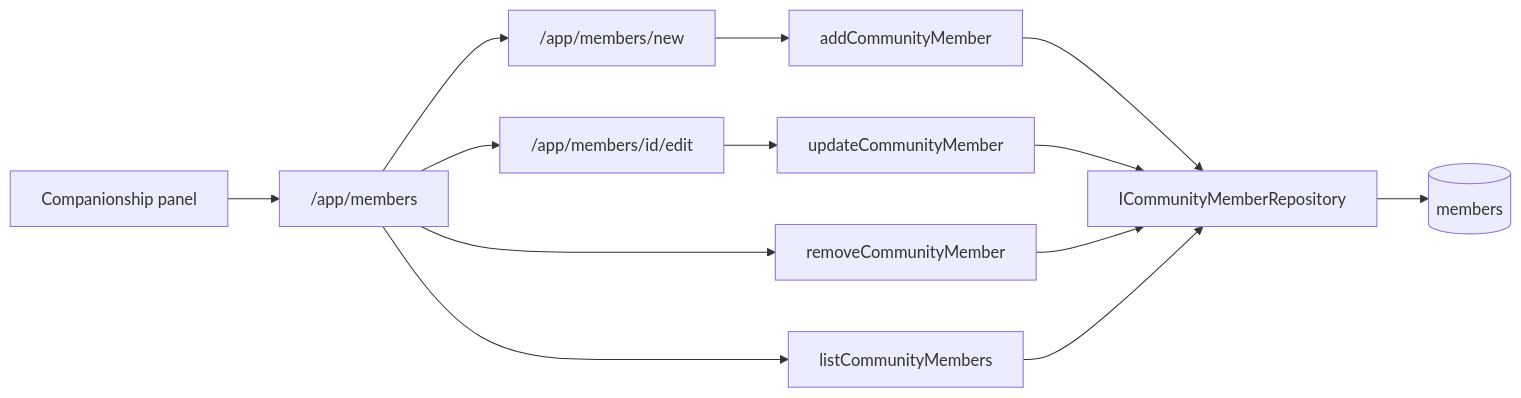
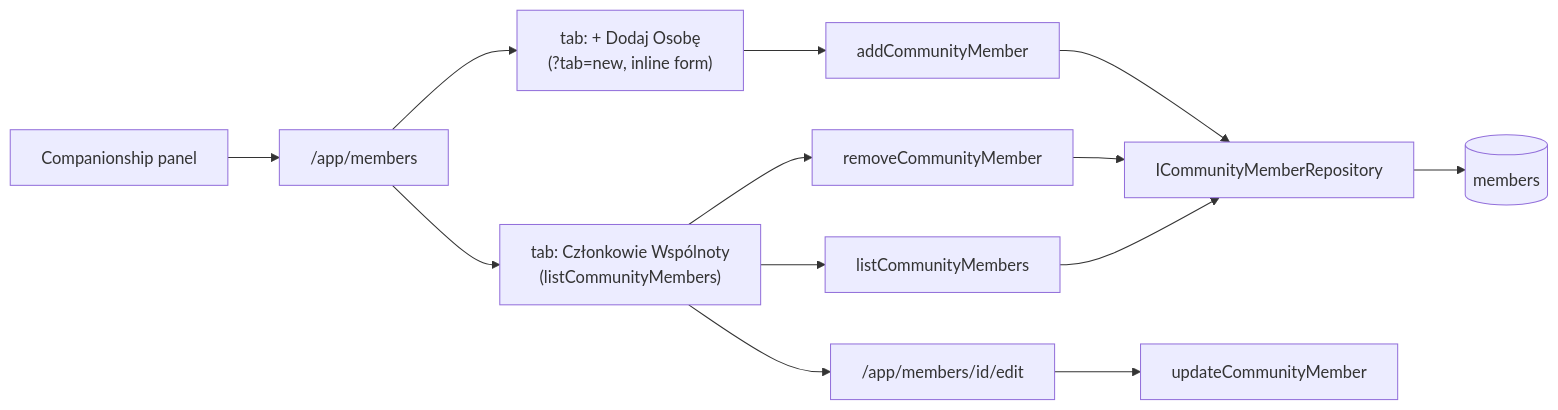
One commit to greg-latuszek/emma-companionship changed the fourth of 7 diagrams in docs/current-architecture.md. Above: the diagram before and after it, drawn with Mermaid. The commit also changed other lines of this file and 2 other files, not shown here.

````diff
--- a/docs/current-architecture.md
+++ b/docs/current-architecture.md
@@ -144,15 +144,15 @@
 ```mermaid
 flowchart LR
-  panel[Companionship panel] --> list["/app/members"]
-  list --> add["/app/members/new"]
-  list --> edit["/app/members/id/edit"]
-  add --> register[addCommunityMember]
+  panel[Companionship panel] --> members["/app/members"]
+  members --> tabList["tab: Członkowie Wspólnoty\n(listCommunityMembers)"]
+  members --> tabAdd["tab: + Dodaj Osobę\n(?tab=new, inline form)"]
+  tabList --> edit["/app/members/id/edit"]
+  tabList --> remove[removeCommunityMember]
+  tabAdd --> register[addCommunityMember]
+  register --> repo[ICommunityMemberRepository]
   edit --> update[updateCommunityMember]
-  list --> remove[removeCommunityMember]
-  register --> repo[ICommunityMemberRepository]
-  update --> repo
   remove --> repo
-  list --> listUse[listCommunityMembers]
+  tabList --> listUse[listCommunityMembers]
   listUse --> repo
   repo --> pg[(members)]
 ```
````
